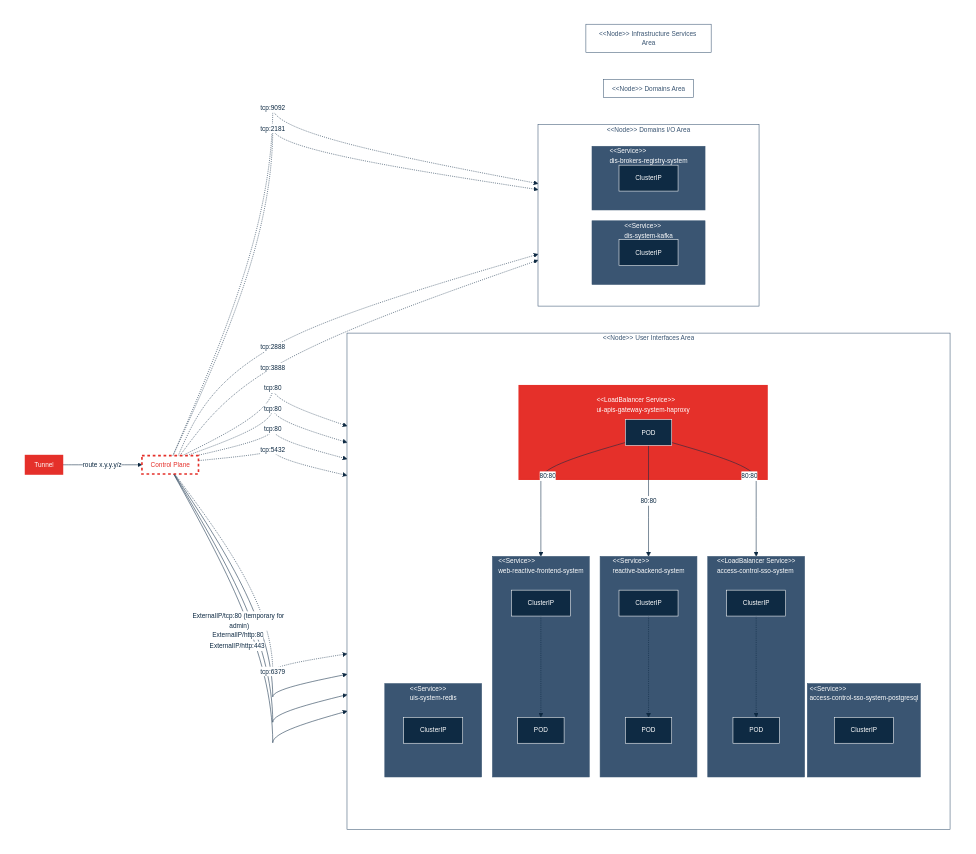
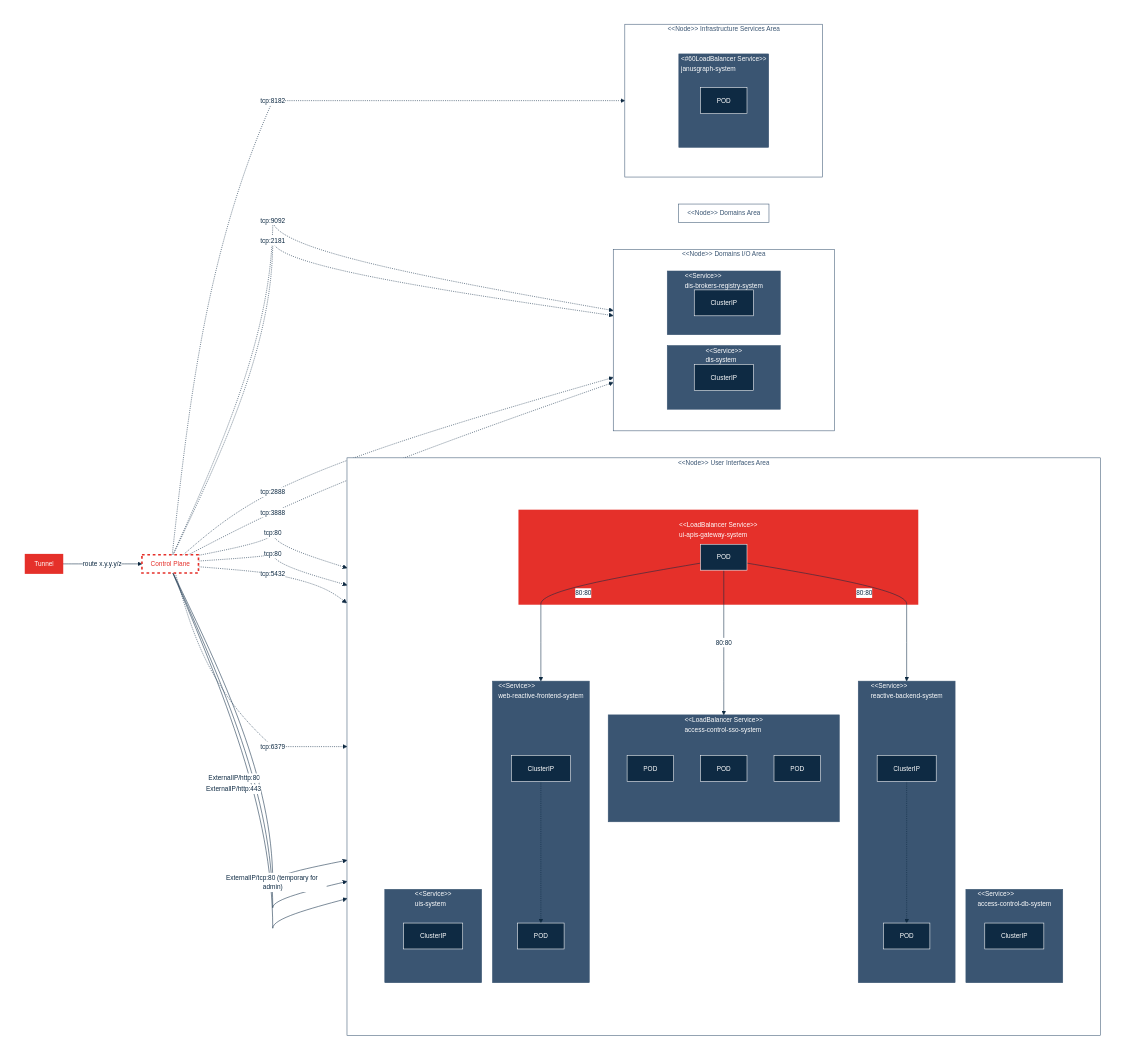
One commit to cybnity/iac-helm-charts changed the second of 2 diagrams in cybnity-platform/README.md. Above: the diagram before and after it, drawn with Mermaid. The commit also changed other lines of this file and 500 other files, not shown here.

```diff
--- a/cybnity-platform/README.md
+++ b/cybnity-platform/README.md
@@ -249,25 +247,26 @@
        direction LR
        subgraph uilayer1[" "]
          direction TB
-         subgraph service8["\n #60;#60;LoadBalancer Service#62;#62; \n ui-apis-gateway-system-haproxy "]
+         subgraph service8["\n #60;#60;LoadBalancer Service#62;#62; \n ui-apis-gateway-system "]
             podproxy1["POD"]
          end
          subgraph service1[" #60;#60;Service#62;#62; \n web-reactive-frontend-system "]
             clusterip1["ClusterIP"]
             pod1["POD"]
          end
-         subgraph service2[" #32;#60;#60;Service#62;#62; \n reactive-backend-system#32; "]
+         subgraph service2[" #60;#60;Service#62;#62; \n reactive-backend-system "]
             clusterip4["ClusterIP"]
             pod2["POD"]
          end
          subgraph service3[" #60;#60;LoadBalancer Service#62;#62; \n access-control-sso-system "]
-            clusterip7["ClusterIP"]
             pod3["POD"]
+            pod4["POD"]
+            pod5["POD"]
          end
-         subgraph service4[" #60;#60;Service#62;#62; \n access-control-sso-system-postgresql "]
+         subgraph service4[" #60;#60;Service#62;#62; \n access-control-db-system "]
             clusterip2["ClusterIP"]
          end
-         subgraph service7[" #60;#60;Service#62;#62; \n uis-system-redis "]
+         subgraph service7[" #60;#60;Service#62;#62; \n uis-system "]
             clusterip3["ClusterIP"]
          end
        end
@@ -275,7 +274,7 @@
      subgraph di[" #60;#60;Node#62;#62; Domains I/O Area"]
          direction LR
          subgraph applayer1[" "]
-            subgraph service5[" #60;#60;Service#62;#62; \n dis-system-kafka "]
+            subgraph service5[" #60;#60;Service#62;#62; \n dis-system "]
                clusterip5["ClusterIP"]
             end
             subgraph service6[" #60;#60;Service#62;#62; \n dis-brokers-registry-system "]
@@ -289,9 +288,12 @@
          %% end
      end
      subgraph is[" #60;#60;Node#62;#62; Infrastructure Services Area "]
-         %% direction LR
-         %% subgraph inflayer1[" "]
-         %% end
+         direction LR
+         subgraph inflayer1[" "]
+            subgraph service9[" #60;#60LoadBalancer Service#62;#62; \n janusgraph-system"]
+            pod6["POD"]
+            end
+         end
      end
   end
   tunnel -- "route x.y.y.y/z" --> controlplane
@@ -299,7 +301,6 @@
   podproxy1 -- "80:80" --> service1
   podproxy1 -- "80:80" --> service2
   controlplane -. "tcp:80" .-> clusterip4 -.-> pod2
-  controlplane -. "tcp:80" .-> clusterip7 -.-> pod3
   controlplane -- "ExternalIP/tcp:80 (temporary for admin)" --> service3
   podproxy1 -- "80:80" --> service3
   controlplane -. "tcp:5432" .-> clusterip2
@@ -310,6 +311,7 @@
   controlplane -. "tcp:2181" .-> clusterip6
   controlplane -. "tcp:2888" .-> clusterip6
   controlplane -. "tcp:3888" .-> clusterip6
+  controlplane -. "tcp:8182" .-> service9
   
   classDef red fill:#e5302a, stroke:#e5302a, color:#fff, stroke-width:3px
   classDef medium fill:#fff, stroke:#3a5572, color:#3a5572
@@ -318,9 +320,9 @@
   classDef reddot fill:#fff, stroke:#e5302a, color:#e5302a, stroke-dasharray: 5 5, stroke-width:3px
   classDef dark fill:#0e2a43, stroke:#fff, color:#fff
   classDef internalconfig fill:#0e2a43, stroke:#fff, color:#fff
-  class service1,service2,service3,service4,service5,service6,service7 mediumfill;
+  class service1,service2,service3,service4,service5,service6,service7,service9 mediumfill;
   class ui,di,da,is medium;
-  class pod1,pod2,pod3,podproxy1,clusterip1,clusterip2,clusterip3,clusterip4,clusterip5,clusterip6,clusterip7 dark;
+  class pod1,pod2,pod3,pod4,pod5,pod6,podproxy1,clusterip1,clusterip2,clusterip3,clusterip4,clusterip5,clusterip6 dark;
   class tunnel,service8 red;
   class controlplane reddot;
 
```
